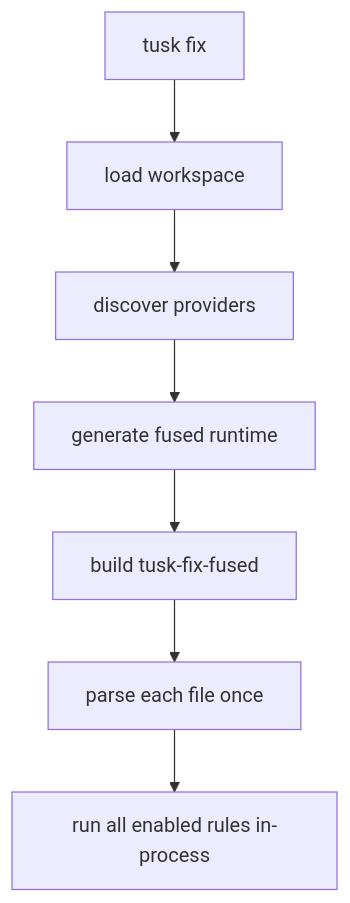
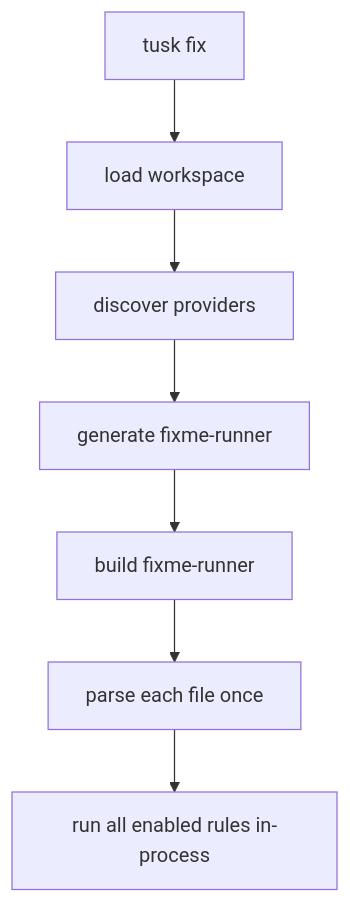
Before and after one commit to leostera/riot-lang: the diagram in docs/rfds/RFD0013-tusk-fix-package-provided-rules.md, drawn with Mermaid. The commit also changed other lines of this file and 78 other files, not shown here.

Commit message:
refactor(fixme): rename tusk-fix-api package

````diff
--- a/docs/rfds/RFD0013-tusk-fix-package-provided-rules.md
+++ b/docs/rfds/RFD0013-tusk-fix-package-provided-rules.md
@@ -99,9 +99,9 @@
 ```mermaid
 flowchart TD
   A[tusk fix] --> B[load workspace]
   B --> C[discover providers]
-  C --> D[generate fused runtime]
-  D --> E[build tusk-fix-fused]
+  C --> D[generate fixme-runner]
+  D --> E[build fixme-runner]
   E --> F[parse each file once]
   F --> G[run all enabled rules in-process]
 ```
````
